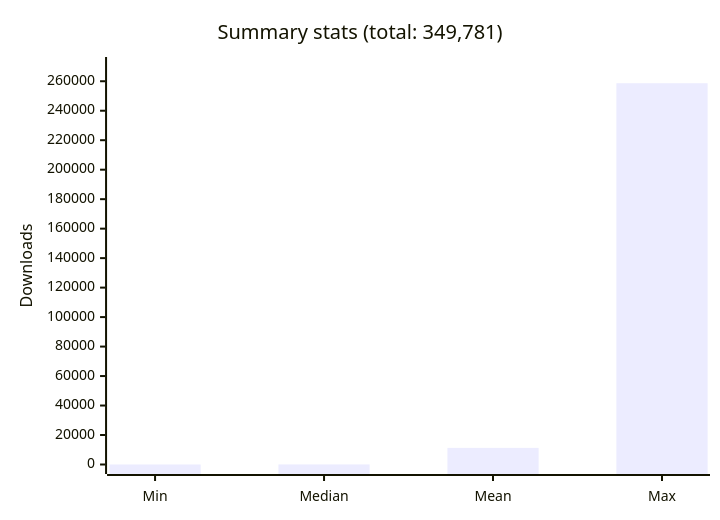
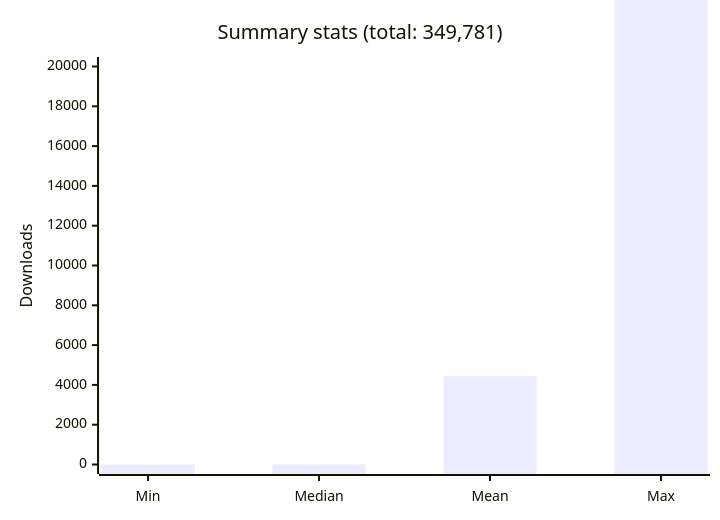
One commit to m-misiura/trustyai-blog changed the fourth of 4 diagrams in src/content/blog/community/evaluating-prompt-injection.md. Above: the diagram before and after it, drawn with Mermaid. The commit also changed other lines of this file, not shown here.

````diff
--- a/src/content/blog/community/evaluating-prompt-injection.md
+++ b/src/content/blog/community/evaluating-prompt-injection.md
@@ -90,13 +90,13 @@
 ```mermaid
 ---
 config:
   themeVariables:
     xyChart:
       backgroundColor: "transparent"
 ---
 xychart-beta
     title "Summary stats (total: 349,781)"
     x-axis ["Min", "Median", "Mean", "Max"]
-    y-axis "Downloads" 0 --> 270000
-    bar [0, 36, 11283, 258660]
+    y-axis "Downloads" 0 --> 20000
+    bar [0, 12, 4449, 143732]
 ```
````
